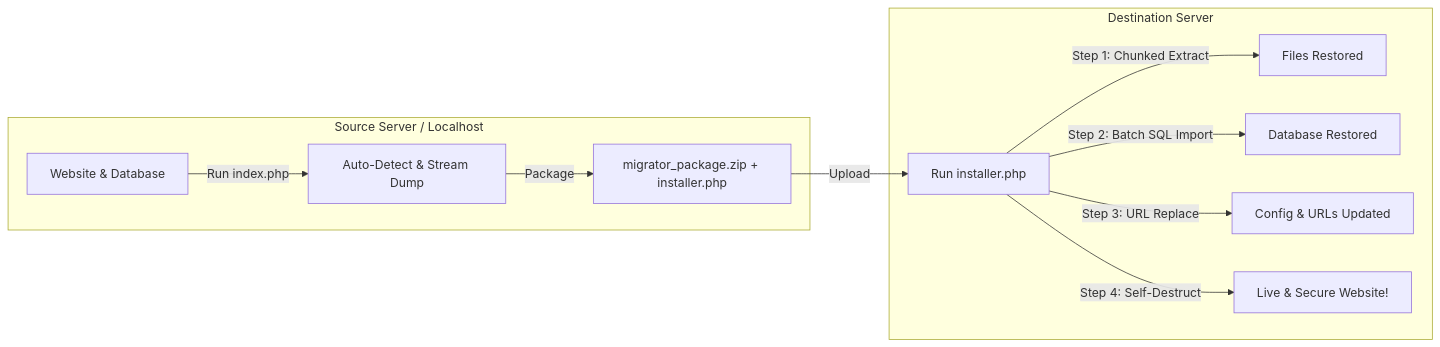
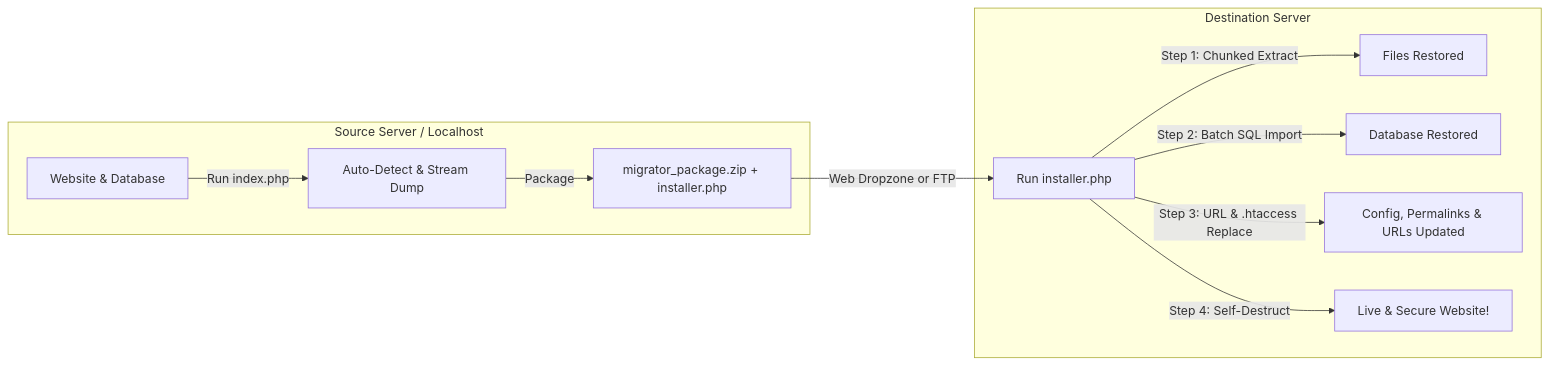
The diagram in README.md (kazuhamoe/Website-Migrator), drawn with Mermaid before and after one commit. The commit also changed other lines of this file and 1 other file, not shown here.

Commit message:
docs: update README and README.id with web dropzone, collation fix, and security features

````diff
--- a/README.md
+++ b/README.md
@@ -52,15 +57,15 @@
 ```mermaid
 graph LR
     subgraph Source Server / Localhost
         A[Website & Database] -->|Run index.php| B[Auto-Detect & Stream Dump]
         B -->|Package| C[migrator_package.zip + installer.php]
     end
 
     subgraph Destination Server
-        C -->|Upload| D[Run installer.php]
+        C -->|Web Dropzone or FTP| D[Run installer.php]
         D -->|Step 1: Chunked Extract| E[Files Restored]
         D -->|Step 2: Batch SQL Import| F[Database Restored]
-        D -->|Step 3: URL Replace| G[Config & URLs Updated]
+        D -->|Step 3: URL & .htaccess Replace| G[Config, Permalinks & URLs Updated]
         D -->|Step 4: Self-Destruct| H[Live & Secure Website!]
     end
 ```
````
